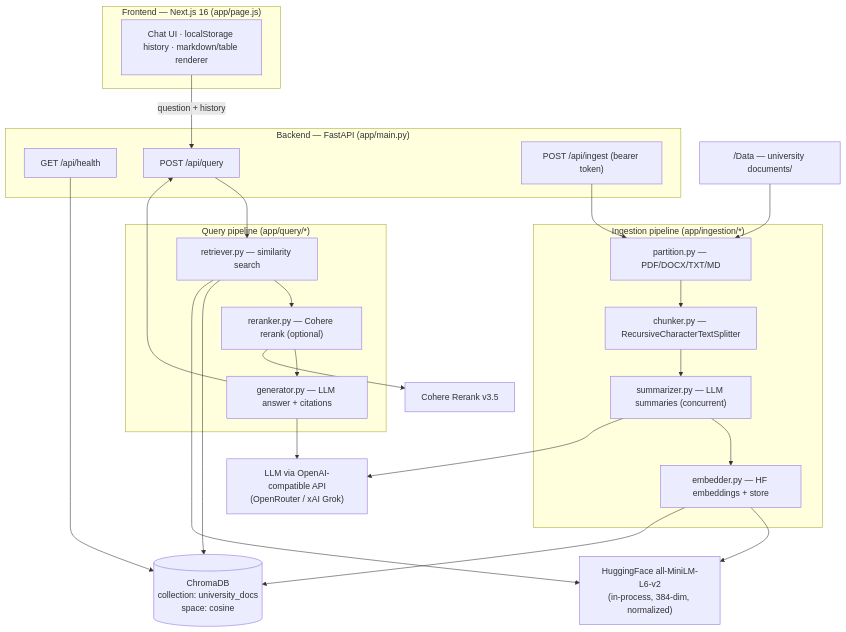
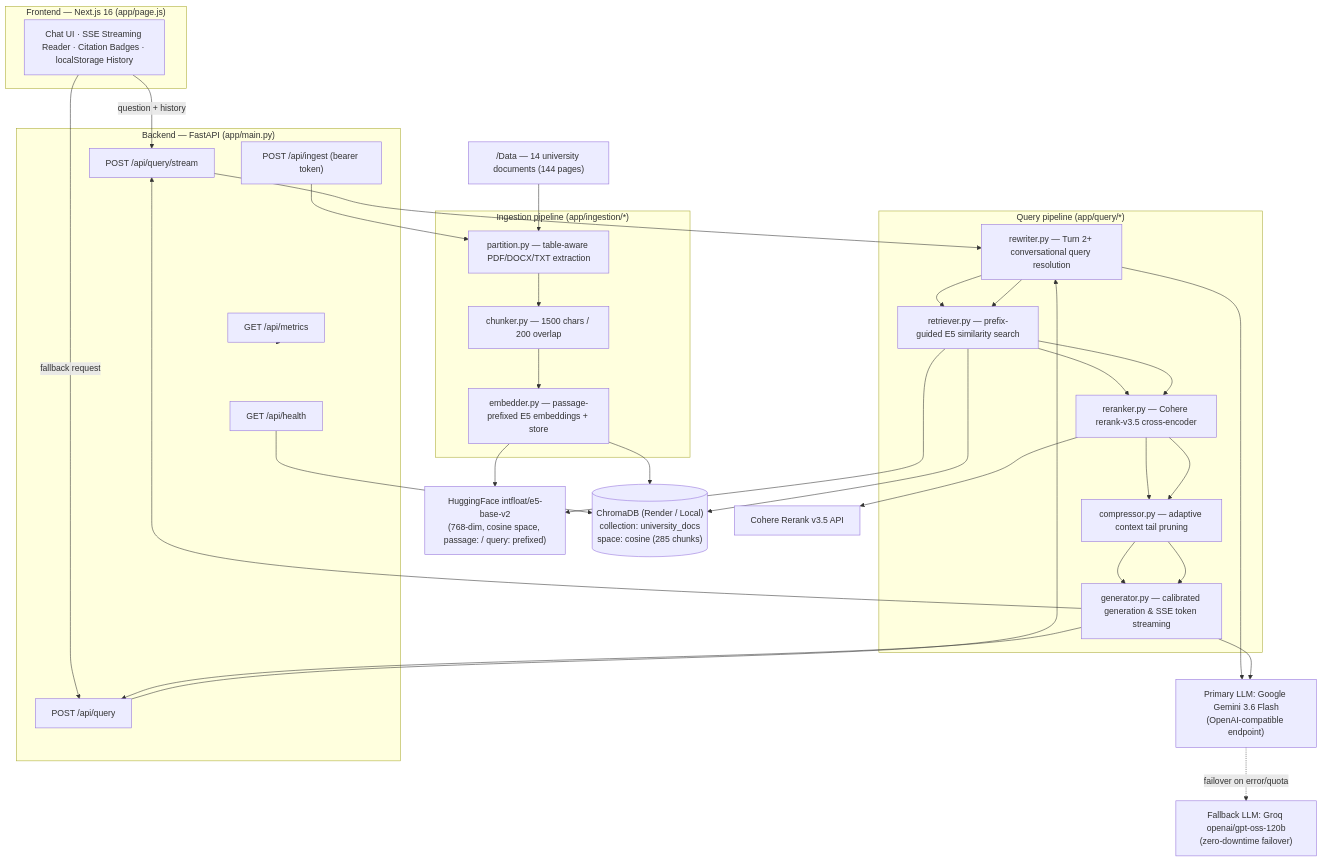
One commit to Harshvardhan0009/uniassist changed the first of 4 diagrams in ARCHITECTURE.md. Above: the diagram before and after it, drawn with Mermaid. The commit also changed other lines of this file and 2 other files, not shown here.

Commit message:
docs: synchronize README, ARCHITECTURE, and backend/.env.example with production RAG pipeline

````diff
--- a/ARCHITECTURE.md
+++ b/ARCHITECTURE.md
@@ -34,45 +34,53 @@
 ```mermaid
 flowchart TB
     subgraph Client["Frontend — Next.js 16 (app/page.js)"]
-        UI["Chat UI · localStorage history · markdown/table renderer"]
+        UI["Chat UI · SSE Streaming Reader · Citation Badges · localStorage History"]
     end
 
     subgraph API["Backend — FastAPI (app/main.py)"]
         H["GET /api/health"]
+        M["GET /api/metrics"]
         Q["POST /api/query"]
+        QS["POST /api/query/stream"]
         I["POST /api/ingest (bearer token)"]
     end
 
     subgraph QueryPipe["Query pipeline (app/query/*)"]
-        R["retriever.py — similarity search"]
-        RR["reranker.py — Cohere rerank (optional)"]
-        G["generator.py — LLM answer + citations"]
+        QR["rewriter.py — Turn 2+ conversational query resolution"]
+        R["retriever.py — prefix-guided E5 similarity search"]
+        RR["reranker.py — Cohere rerank-v3.5 cross-encoder"]
+        CP["compressor.py — adaptive context tail pruning"]
+        G["generator.py — calibrated generation & SSE token streaming"]
     end
 
     subgraph IngestPipe["Ingestion pipeline (app/ingestion/*)"]
-        P["partition.py — PDF/DOCX/TXT/MD"]
-        C["chunker.py — RecursiveCharacterTextSplitter"]
-        S["summarizer.py — LLM summaries (concurrent)"]
-        E["embedder.py — HF embeddings + store"]
+        P["partition.py — table-aware PDF/DOCX/TXT extraction"]
+        C["chunker.py — 1500 chars / 200 overlap"]
+        E["embedder.py — passage-prefixed E5 embeddings + store"]
     end
 
-    EMB["HuggingFace all-MiniLM-L6-v2<br/>(in-process, 384-dim, normalized)"]
-    VDB[("ChromaDB<br/>collection: university_docs<br/>space: cosine")]
-    LLM["LLM via OpenAI-compatible API<br/>(OpenRouter / xAI Grok)"]
-    COH["Cohere Rerank v3.5"]
-    DATA["/Data — university documents/"]
+    EMB["HuggingFace intfloat/e5-base-v2<br/>(768-dim, cosine space, passage: / query: prefixed)"]
+    VDB[("ChromaDB (Render / Local)<br/>collection: university_docs<br/>space: cosine (285 chunks)")]
+    LLM["Primary LLM: Google Gemini 3.6 Flash<br/>(OpenAI-compatible endpoint)"]
+    FLLM["Fallback LLM: Groq openai/gpt-oss-120b<br/>(zero-downtime failover)"]
+    COH["Cohere Rerank v3.5 API"]
+    DATA["/Data — 14 university documents (144 pages)"]
 
-    UI -->|"question + history"| Q
-    Q --> R --> RR --> G --> Q
-    I --> P --> C --> S --> E
+    UI -->|"question + history"| QS
+    UI -->|"fallback request"| Q
+    QS --> QR --> R --> RR --> CP --> G --> QS
+    Q --> QR --> R --> RR --> CP --> G --> Q
+    I --> P --> C --> E
     DATA --> P
 
     R --> VDB
     R --> EMB
     E --> EMB
     E --> VDB
-    S --> LLM
+    QR --> LLM
     G --> LLM
+    LLM -.->|"failover on error/quota"| FLLM
     RR --> COH
     H --> VDB
+    M --> API
 ```
````
